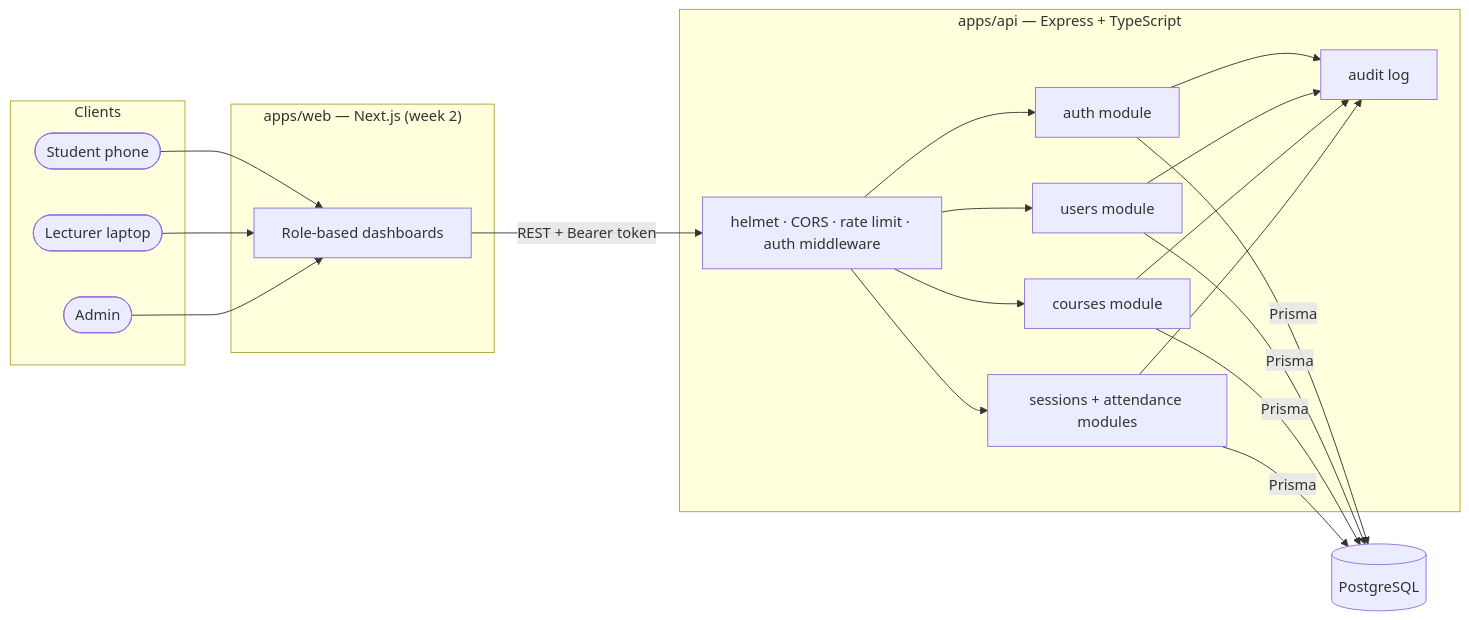
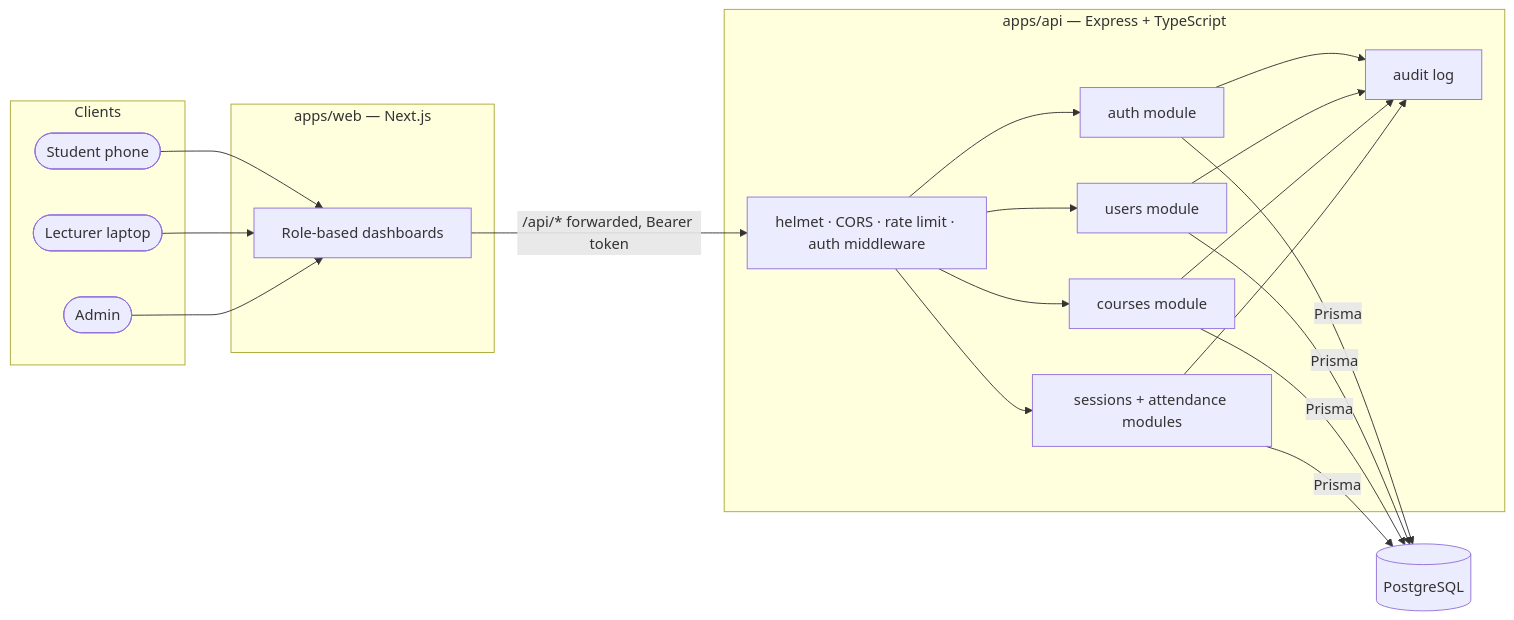
Before and after one commit to kasondebbuku-spec/smart-campus-management: the first of 3 diagrams in docs/architecture.md, drawn with Mermaid. The commit also changed other lines of this file and 28 other files, not shown here.

First line of the commit message:
Add Next.js web app with sign-in and role-aware dashboard

````diff
--- a/docs/architecture.md
+++ b/docs/architecture.md
@@ -5,26 +5,26 @@
 ```mermaid
 flowchart LR
     subgraph Clients
       S([Student phone])
       L([Lecturer laptop])
       A([Admin])
     end
-    subgraph Web["apps/web — Next.js (week 2)"]
+    subgraph Web["apps/web — Next.js"]
       UI[Role-based dashboards]
     end
     subgraph API["apps/api — Express + TypeScript"]
       MW[helmet · CORS · rate limit · auth middleware]
       AUTH[auth module]
       USERS[users module]
       COURSES[courses module]
       ATT[sessions + attendance modules]
       AUD[audit log]
     end
     DB[(PostgreSQL)]
 
     S & L & A --> UI
-    UI -->|REST + Bearer token| MW
+    UI -->|"/api/* forwarded, Bearer token"| MW
     MW --> AUTH & USERS & COURSES & ATT
     AUTH & USERS & COURSES & ATT --> AUD
     AUTH & USERS & COURSES & ATT -->|Prisma| DB
 ```
````
